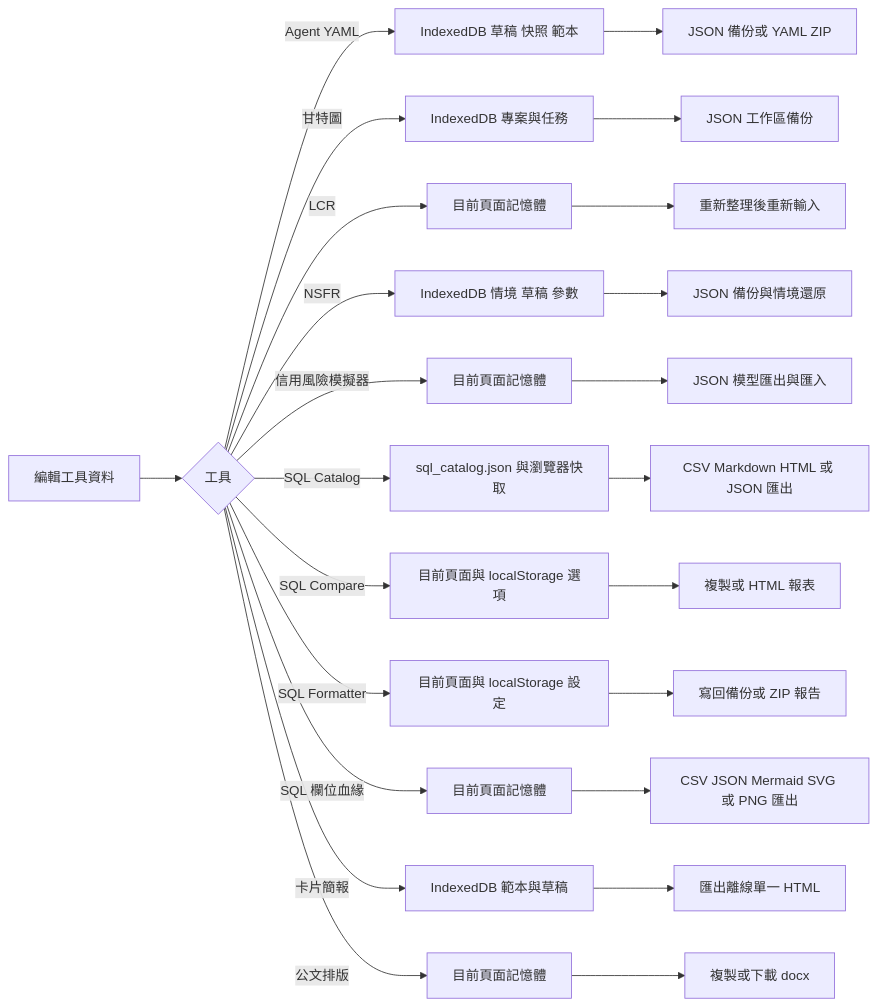
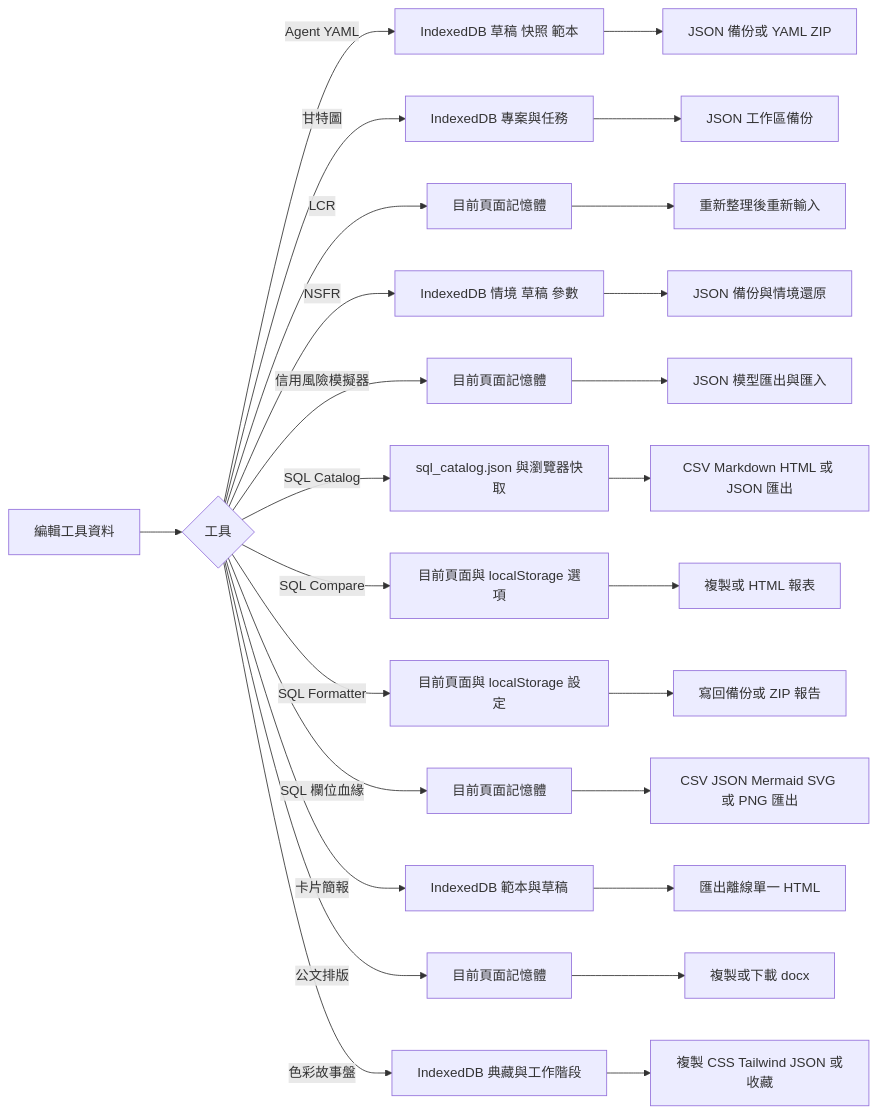
One commit to DunkLiao/my-spa-tools changed diagram 13 of 13 in README.md. Above: the diagram before and after it, drawn with Mermaid. The commit also changed other lines of this file and 37 other files, not shown here.

````diff
--- a/README.md
+++ b/README.md
@@ -526,26 +678,28 @@
 ```mermaid
 flowchart LR
     A[編輯工具資料] --> B{工具}
     B -->|Agent YAML| C[IndexedDB 草稿 快照 範本]
     B -->|甘特圖| D[IndexedDB 專案與任務]
     B -->|LCR| E[目前頁面記憶體]
     B -->|NSFR| K[IndexedDB 情境 草稿 參數]
     B -->|信用風險模擬器| U[目前頁面記憶體]
     B -->|SQL Catalog| I[sql_catalog.json 與瀏覽器快取]
     B -->|SQL Compare| M[目前頁面與 localStorage 選項]
     B -->|SQL Formatter| N[目前頁面與 localStorage 設定]
     B -->|SQL 欄位血緣| R[目前頁面記憶體]
     B -->|卡片簡報| W[IndexedDB 範本與草稿]
     B -->|公文排版| Y[目前頁面記憶體]
+    B -->|色彩故事盤| AA[IndexedDB 典藏與工作階段]
     C --> F[JSON 備份或 YAML ZIP]
     D --> G[JSON 工作區備份]
     E --> H[重新整理後重新輸入]
     K --> L[JSON 備份與情境還原]
     U --> V[JSON 模型匯出與匯入]
     I --> J[CSV Markdown HTML 或 JSON 匯出]
     M --> O[複製或 HTML 報表]
     N --> P[寫回備份或 ZIP 報告]
     R --> S[CSV JSON Mermaid SVG 或 PNG 匯出]
     W --> X[匯出離線單一 HTML]
     Y --> Z[複製或下載 docx]
+    AA --> AB[複製 CSS Tailwind JSON 或收藏]
 ```
````
